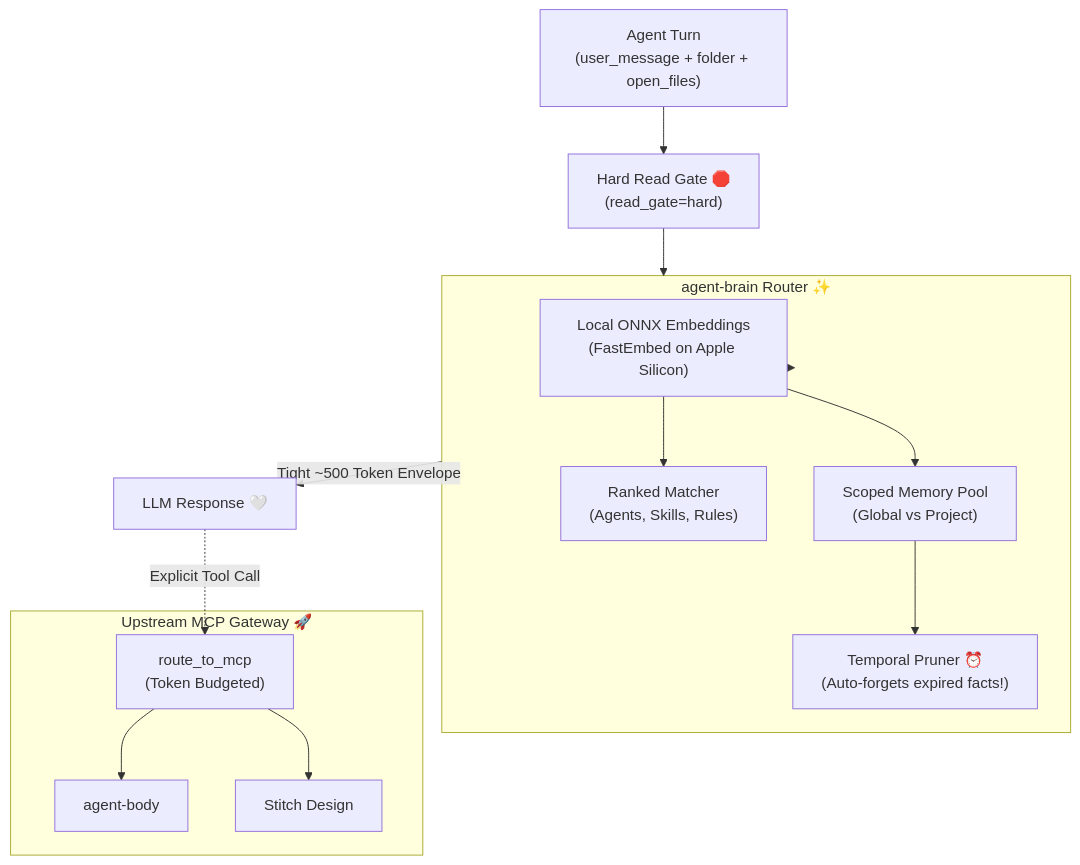
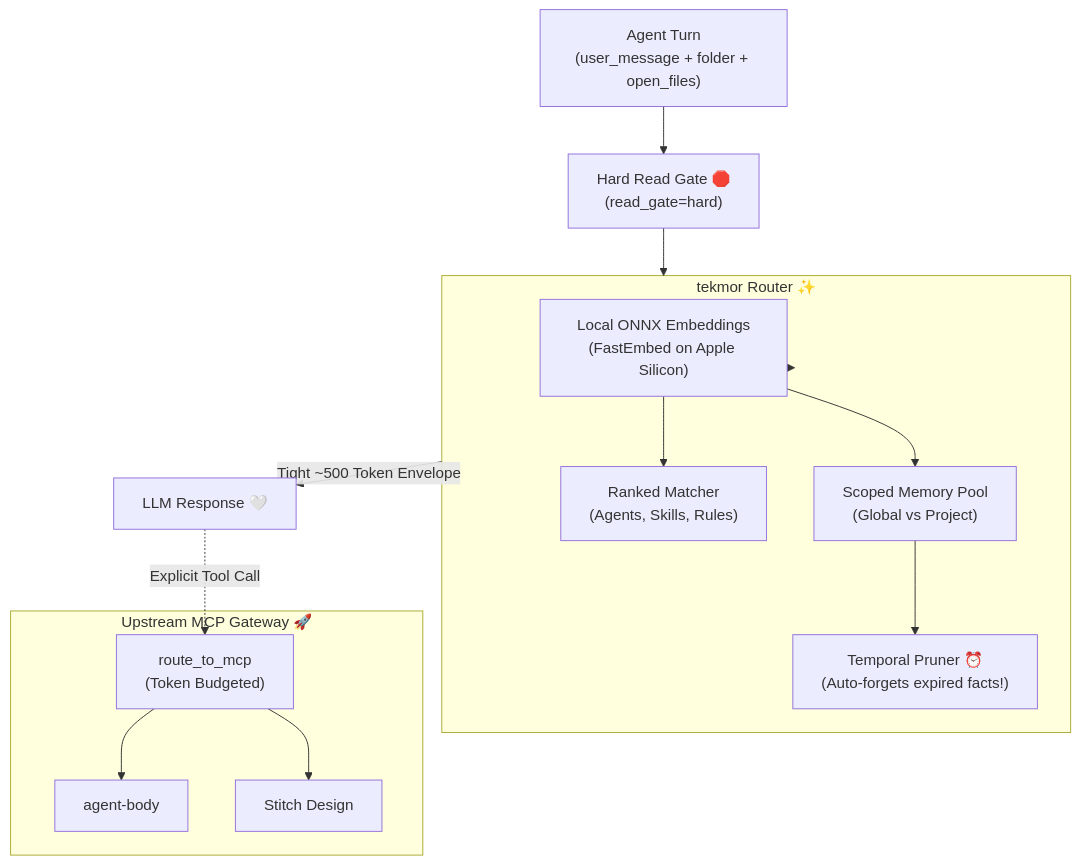
Before and after one commit to abhiudayg/abhiudayg: the diagram in src/content/blog/agent-brain-memory-scopes-and-reinforcement.md, drawn with Mermaid. The commit also changed other lines of this file and 40 other files, not shown here.

````diff
--- a/src/content/blog/agent-brain-memory-scopes-and-reinforcement.md
+++ b/src/content/blog/agent-brain-memory-scopes-and-reinforcement.md
@@ -27,29 +27,29 @@
 ```mermaid
 flowchart TB
   turn["Agent Turn\n(user_message + folder + open_files)"]
   gate["Hard Read Gate 🛑\n(read_gate=hard)"]
   
-  subgraph routing["agent-brain Router ✨"]
+  subgraph routing["tekmor Router ✨"]
     fastembed["Local ONNX Embeddings\n(FastEmbed on Apple Silicon)"]
     matcher["Ranked Matcher\n(Agents, Skills, Rules)"]
     mempool["Scoped Memory Pool\n(Global vs Project)"]
     temporal["Temporal Pruner ⏰\n(Auto-forgets expired facts!)"]
   end
 
   subgraph upstream["Upstream MCP Gateway 🚀"]
     proxy["route_to_mcp\n(Token Budgeted)"]
     body["agent-body"]
     stitch["Stitch Design"]
   end
 
   turn --> gate
   gate --> routing
   routing --> fastembed
   fastembed --> matcher
   fastembed --> mempool
   mempool --> temporal
   routing -->|Tight ~500 Token Envelope| model["LLM Response 🤍"]
   model -.->|Explicit Tool Call| proxy
   proxy --> body
   proxy --> stitch
 ```
````
